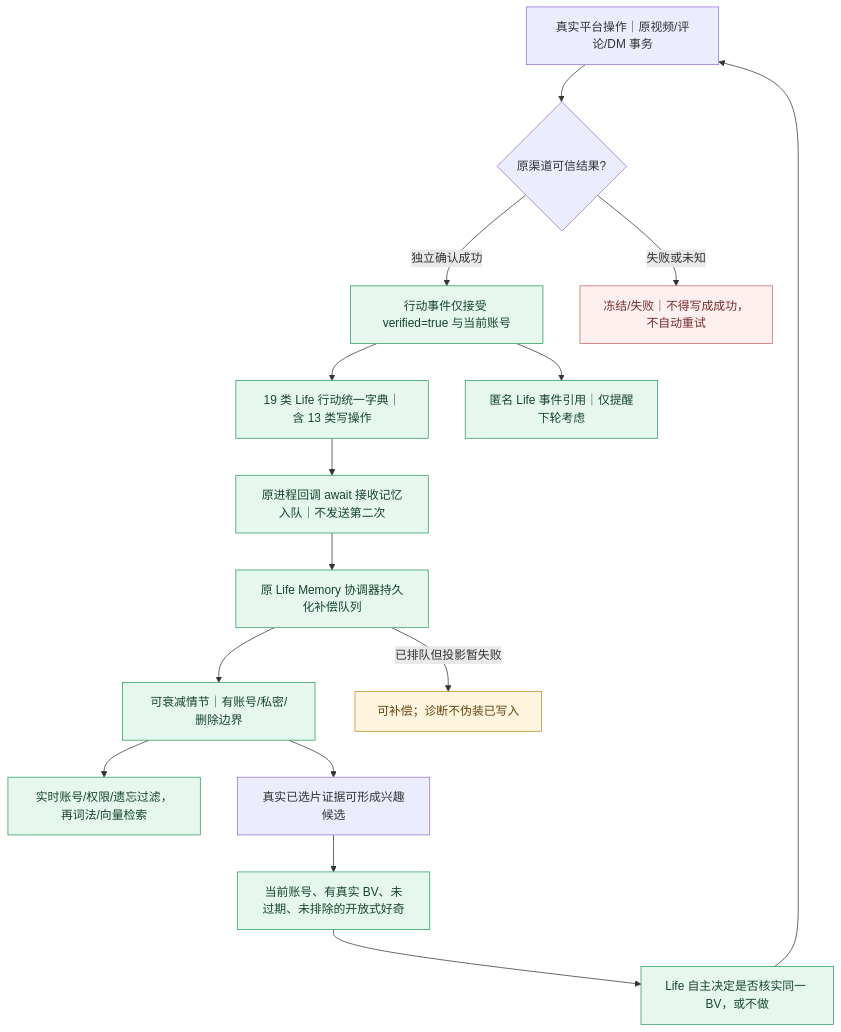
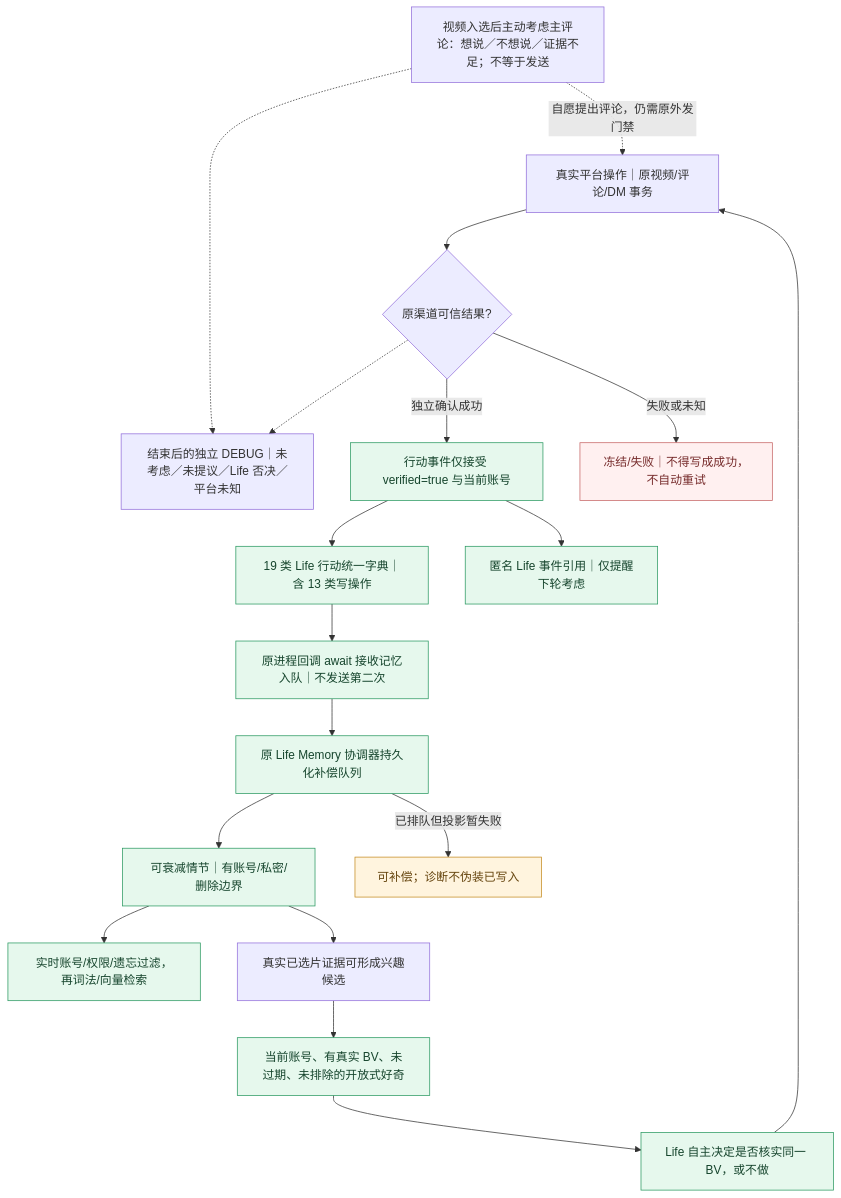
Before and after one commit to minedalang/dsh-dafeiyu-life: the third of 3 diagrams in docs/architecture/life-system-current-view.md, drawn with Mermaid. The commit also changed other lines of this file and 17 other files, not shown here.

````diff
--- a/docs/architecture/life-system-current-view.md
+++ b/docs/architecture/life-system-current-view.md
@@ -218,50 +226,57 @@
 ```mermaid
 %% 同版本 Life 补链维护：模型/菜单不是平台成功证据
 %% @code source | lib/life-video-action-bridge.mjs | createLifeVideoActionBridge
+%% @code commentReview | vendor/bilibili-mcp/mcp_server.py | async def bili_comment_consideration
+%% @code commentOutcome | lib/video-comment-readiness.mjs | classifyVideoCommentRound
 %% @code catalog | lib/life-action-memory.mjs | LIFE_ACTION_NAMES
 %% @code verified | lib/life-action-memory.mjs | export function verifiedLifeActionEvent
 %% @code wake | lib/life-agent-events.mjs | VERIFIED_COMPLETION_KINDS
 %% @code outbox | lib/life-memory-coordinator.mjs | createLifeMemoryCoordinator
 %% @code episode | lib/life-memory-gateway.mjs | function asEpisode
 %% @code recall | lib/life-memory-gateway.mjs | function recall
 %% @code growth | lib/life-interests.mjs | recordInterestEvents
 %% @code curiosity | lib/life-interests.mjs | scopedCuriosityOpportunityEvidence
 %% @code planner | lib/autonomous-planner.mjs | export function plannerActionMenu
 %% @code bridge | index.js | const rememberVerifiedLifeAction
 %% @code unknown | lib/life-continuation-write.mjs | status:'uncertain'
 flowchart TB
   source["真实平台操作｜原视频/评论/DM 事务"]
+  commentReview["视频入选后主动考虑主评论：想说／不想说／证据不足；不等于发送"]
+  commentOutcome["结束后的独立 DEBUG｜未考虑／未提议／Life 否决／平台未知"]
   receipt{"原渠道可信结果?"}
   verified["行动事件仅接受 verified=true 与当前账号"]
   unknown["冻结/失败｜不得写成成功，不自动重试"]
   catalog["19 类 Life 行动统一字典｜含 13 类写操作"]
   wake["匿名 Life 事件引用｜仅提醒下轮考虑"]
   bridge["原进程回调 await 接收记忆入队｜不发送第二次"]
   outbox["原 Life Memory 协调器持久化补偿队列"]
   episode["可衰减情节｜有账号/私密/删除边界"]
   pending["可补偿；诊断不伪装已写入"]
   recall["实时账号/权限/遗忘过滤，再词法/向量检索"]
   growth["真实已选片证据可形成兴趣候选"]
   curiosity["当前账号、有真实 BV、未过期、未排除的开放式好奇"]
   planner["Life 自主决定是否核实同一 BV，或不做"]
+  commentReview -.->|自愿提出评论，仍需原外发门禁| source
+  commentReview -.-> commentOutcome
   source --> receipt
+  receipt -.-> commentOutcome
   receipt -->|独立确认成功| verified
   receipt -->|失败或未知| unknown
   verified --> catalog
   verified --> wake
   catalog --> bridge
   bridge --> outbox
   outbox --> episode
   outbox -->|已排队但投影暂失败| pending
   episode --> recall
   episode --> growth
   growth --> curiosity
   curiosity --> planner
   planner --> source
   classDef green fill:#e6f8ed,stroke:#2a9961,color:#16452d
   classDef yellow fill:#fff4de,stroke:#c48a20,color:#65440d
   classDef red fill:#fff0f0,stroke:#c66565,color:#762b2b
   class verified,catalog,wake,bridge,outbox,episode,recall,curiosity,planner green
   class pending yellow
   class unknown red
 ```
````
